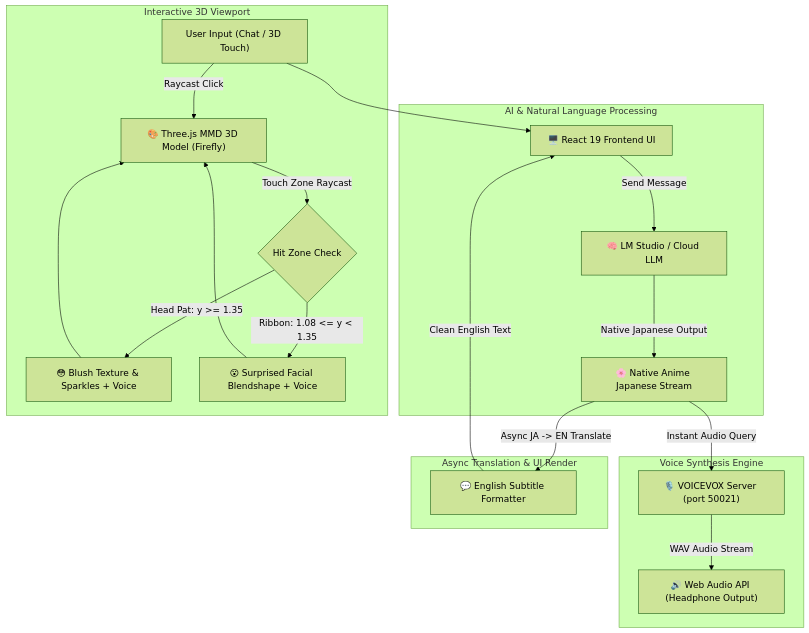
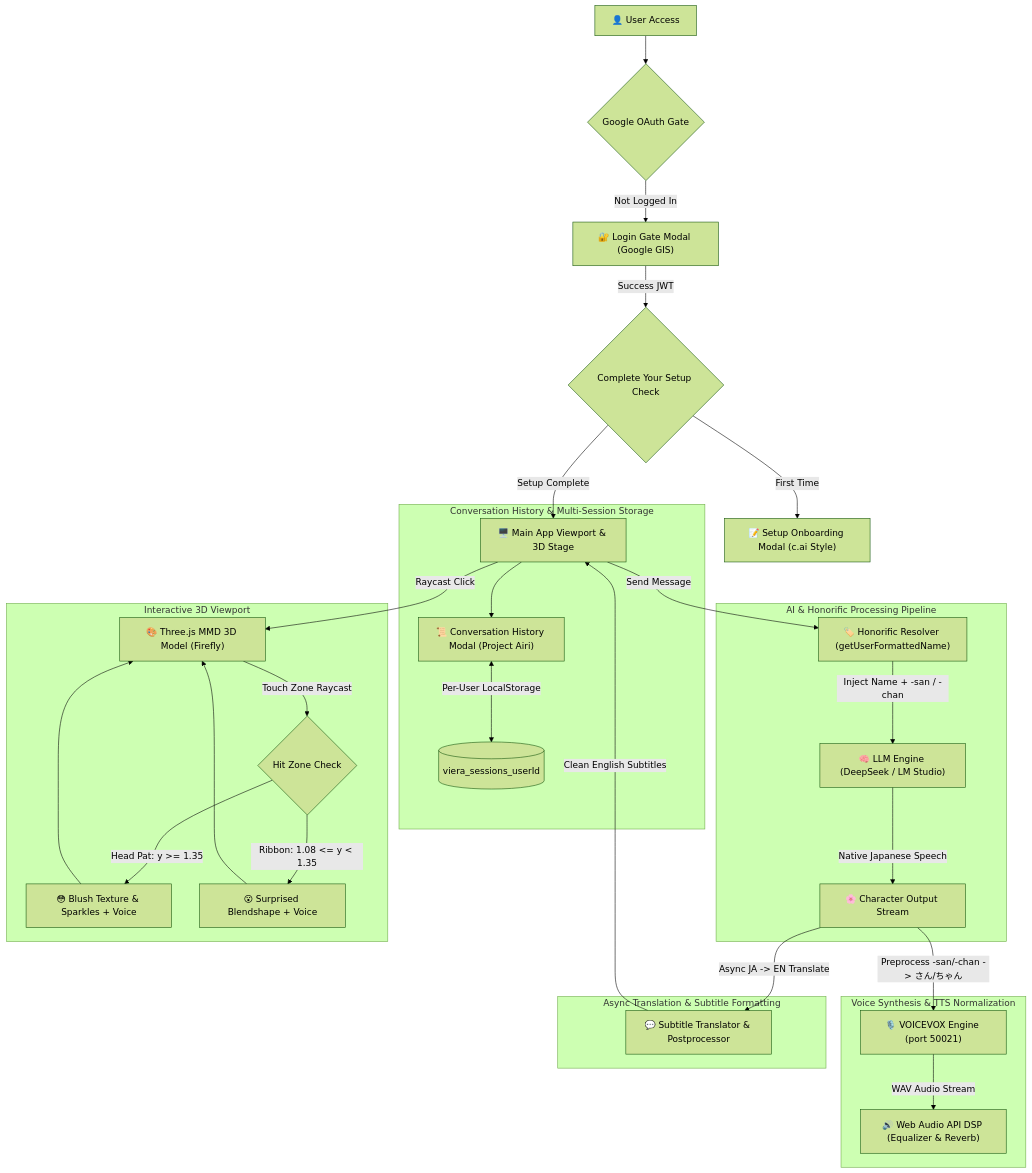
The first of 4 diagrams in WORKFLOWS.md (nescryo/Viera-AI), drawn with Mermaid (forest theme) before and after one commit. The commit also changed other lines of this file and 1 other file, not shown here.

````diff
--- a/WORKFLOWS.md
+++ b/WORKFLOWS.md
@@ -9,28 +9,38 @@
 ```mermaid
 graph TD
-    A[" User Input (Chat / 3D Touch)"] --> B["🖥️ React 19 Frontend UI"]
+    A["👤 User Access"] --> B{"Google OAuth Gate"}
+    B -->|Not Logged In| C["🔐 Login Gate Modal (Google GIS)"]
+    C -->|Success JWT| D{"Complete Your Setup Check"}
+    D -->|First Time| E["📝 Setup Onboarding Modal (c.ai Style)"]
+    D -->|Setup Complete| F["🖥️ Main App Viewport & 3D Stage"]
     
-    subgraph "AI & Natural Language Processing"
-        B -->|Send Message| C["🧠 LM Studio / Cloud LLM"]
-        C -->|Native Japanese Output| D["🌸 Native Anime Japanese Stream"]
+    subgraph "Conversation History & Multi-Session Storage"
+        F --> G["📜 Conversation History Modal (Project Airi)"]
+        G <-->|Per-User LocalStorage| H[("viera_sessions_userId")]
     end
 
-    subgraph "Voice Synthesis Engine"
-        D -->|Instant Audio Query| E["🎙️ VOICEVOX Server (port 50021)"]
-        E -->|WAV Audio Stream| F["🔊 Web Audio API (Headphone Output)"]
+    subgraph "AI & Honorific Processing Pipeline"
+        F -->|Send Message| I["🏷️ Honorific Resolver (getUserFormattedName)"]
+        I -->|Inject Name + -san / -chan| J["🧠 LLM Engine (DeepSeek / LM Studio)"]
+        J -->|Native Japanese Speech| K["🌸 Character Output Stream"]
     end
 
-    subgraph "Async Translation & UI Render"
-        D -->|Async JA -> EN Translate| G["💬 English Subtitle Formatter"]
-        G -->|Clean English Text| B
+    subgraph "Voice Synthesis & TTS Normalization"
+        K -->|Preprocess -san/-chan -> さん/ちゃん| L["🎙️ VOICEVOX Engine (port 50021)"]
+        L -->|WAV Audio Stream| M["🔊 Web Audio API DSP (Equalizer & Reverb)"]
+    end
+
+    subgraph "Async Translation & Subtitle Formatting"
+        K -->|Async JA -> EN Translate| N["💬 Subtitle Translator & Postprocessor"]
+        N -->|Clean English Subtitles| F
     end
 
     subgraph "Interactive 3D Viewport"
-        A -->|Raycast Click| H["🎨 Three.js MMD 3D Model (Firefly)"]
-        H -->|Touch Zone Raycast| I{"Hit Zone Check"}
-        I -->|Head Pat: y >= 1.35| J["😳 Blush Texture & Sparkles + Voice"]
-        I -->|Ribbon: 1.08 <= y < 1.35| K["😮 Surprised Facial Blendshape + Voice"]
-        J --> H
-        K --> H
+        F -->|Raycast Click| O["🎨 Three.js MMD 3D Model (Firefly)"]
+        O -->|Touch Zone Raycast| P{"Hit Zone Check"}
+        P -->|Head Pat: y >= 1.35| Q["😳 Blush Texture & Sparkles + Voice"]
+        P -->|Ribbon: 1.08 <= y < 1.35| R["😮 Surprised Blendshape + Voice"]
+        Q --> O
+        R --> O
     end
 ```
````
